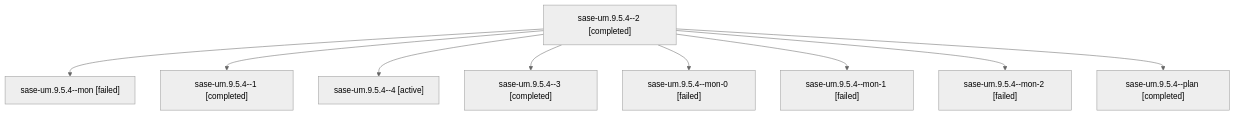
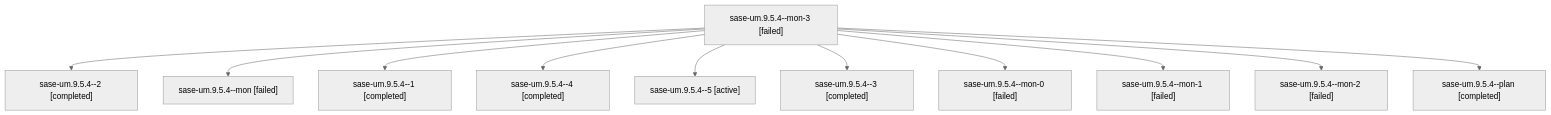
Before and after one commit to sase-org/sase--agents: the diagram in families/bbugyi200.athena.sase-um.9.5.4.md, drawn with Mermaid (neutral theme). The commit also changed other lines of this file and 336 other files, not shown here.

````diff
--- a/families/bbugyi200.athena.sase-um.9.5.4.md
+++ b/families/bbugyi200.athena.sase-um.9.5.4.md
@@ -9,20 +9,24 @@
 ```mermaid
 flowchart TD
-  n0["sase-um.9.5.4--2 [completed]"]
-  n1["sase-um.9.5.4--mon [failed]"]
+  n0["sase-um.9.5.4--mon-3 [failed]"]
+  n1["sase-um.9.5.4--2 [completed]"]
   n0 --> n1
-  n2["sase-um.9.5.4--1 [completed]"]
+  n2["sase-um.9.5.4--mon [failed]"]
   n0 --> n2
-  n3["sase-um.9.5.4--4 [active]"]
+  n3["sase-um.9.5.4--1 [completed]"]
   n0 --> n3
-  n4["sase-um.9.5.4--3 [completed]"]
+  n4["sase-um.9.5.4--4 [completed]"]
   n0 --> n4
-  n5["sase-um.9.5.4--mon-0 [failed]"]
+  n5["sase-um.9.5.4--5 [active]"]
   n0 --> n5
-  n6["sase-um.9.5.4--mon-1 [failed]"]
+  n6["sase-um.9.5.4--3 [completed]"]
   n0 --> n6
-  n7["sase-um.9.5.4--mon-2 [failed]"]
+  n7["sase-um.9.5.4--mon-0 [failed]"]
   n0 --> n7
-  n8["sase-um.9.5.4--plan [completed]"]
+  n8["sase-um.9.5.4--mon-1 [failed]"]
   n0 --> n8
+  n9["sase-um.9.5.4--mon-2 [failed]"]
+  n0 --> n9
+  n10["sase-um.9.5.4--plan [completed]"]
+  n0 --> n10
 ```
````
